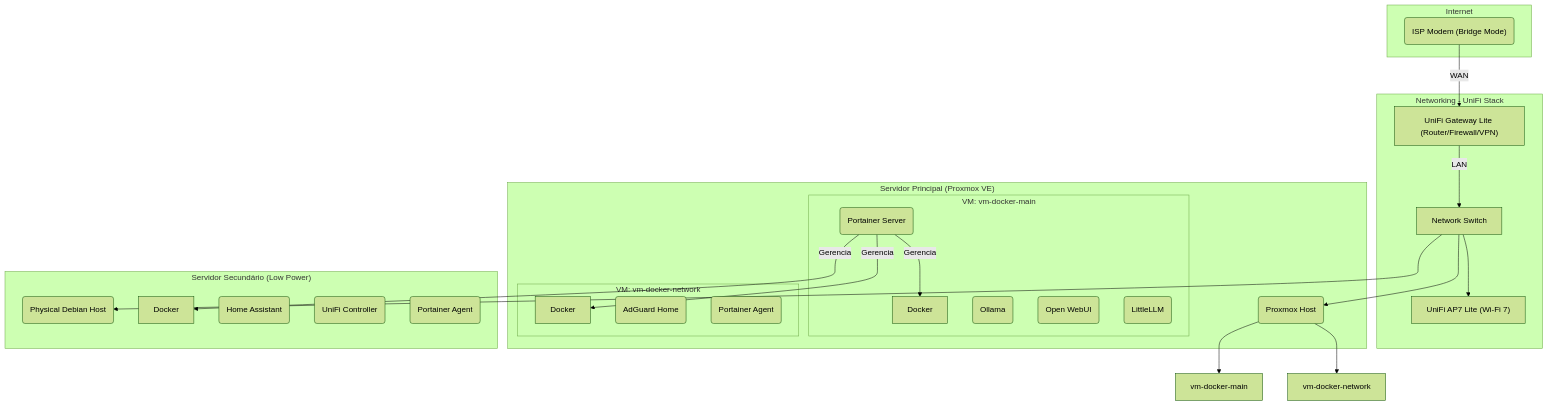
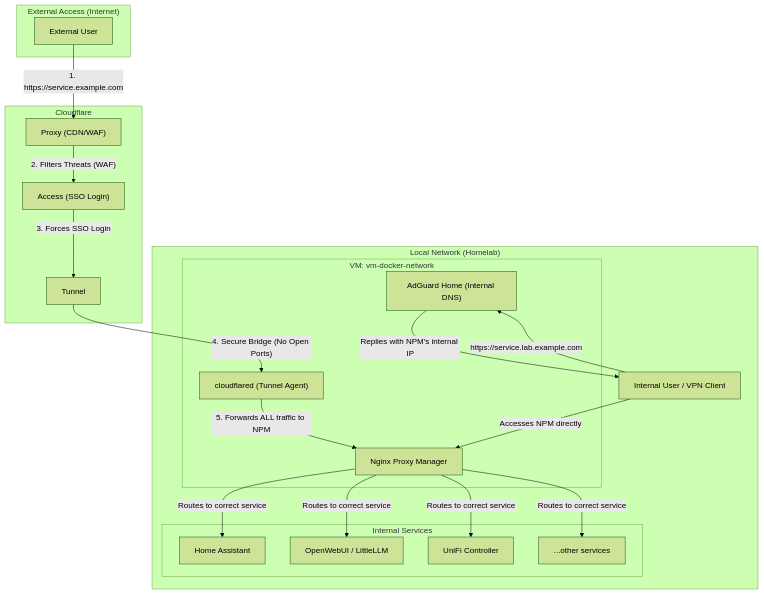
Before and after one commit to luhashi/home-lab: the diagram in readme.md, drawn with Mermaid (forest theme). The commit also changed other lines of this file and 1 other file, not shown here.

Commit message:
npm and cloudflare

````diff
--- a/readme.md
+++ b/readme.md
@@ -24,49 +26,44 @@
 ```mermaid
 graph TD
-subgraph "Internet"
-ISP_Modem("ISP Modem (Bridge Mode)")
-end
+    subgraph "External Access (Internet)"
+        User_External["External User"]
+    end
 
-subgraph "Networking - UniFi Stack"
-UGW["UniFi Gateway Lite (Router/Firewall/VPN)"]
-SW["Network Switch"]
-AP["UniFi AP7 Lite (Wi-Fi 7)"]
-end
+    subgraph "Cloudflare"
+        CF_Proxy["Proxy (CDN/WAF)"]
+        CF_Access["Access (SSO Login)"]
+        CF_Tunnel["Tunnel"]
+    end
 
-subgraph "Servidor Principal (Proxmox VE)"
-PVE("Proxmox Host")
-subgraph "VM: vm-docker-main"
-DockerMain["Docker"]
-PortainerServer("Portainer Server")
-Ollama("Ollama")
-OpenWebUI("Open WebUI")
-LittleLLM("LittleLLM")
-end
-subgraph "VM: vm-docker-network"
-DockerNet["Docker"]
-AdGuard("AdGuard Home")
-AgentNet("Portainer Agent")
-end
-end
+    subgraph "Local Network (Homelab)"
+        subgraph "VM: vm-docker-network"
+            Cloudflared["cloudflared (Tunnel Agent)"]
+            NPM["Nginx Proxy Manager"]
+            AdGuard["AdGuard Home (Internal DNS)"]
+        end
 
-subgraph "Servidor Secundário (Low Power)"
-DebianServer("Physical Debian Host")
-DockerLP["Docker"]
-HA("Home Assistant")
-UniFiCtrl("UniFi Controller")
-AgentLP("Portainer Agent")
-end
+        subgraph "Internal Services"
+            HA["Home Assistant"]
+            OpenWebUI["OpenWebUI / LittleLLM"]
+            UnifiCtrl["UniFi Controller"]
+            OtherServices["...other services"]
+        end
 
-ISP_Modem -- "WAN" --> UGW
-UGW -- "LAN" --> SW
-SW --> PVE
-SW --> DebianServer
-SW --> AP
+        User_Internal["Internal User / VPN Client"]
+    end
 
-PVE --> vm-docker-main
-PVE --> vm-docker-network
+    User_External -- "1. https://service.example.com" --> CF_Proxy
+    CF_Proxy -- "2. Filters Threats (WAF)" --> CF_Access
+    CF_Access -- "3. Forces SSO Login" --> CF_Tunnel
+    CF_Tunnel -- "4. Secure Bridge (No Open Ports)" --> Cloudflared
+    Cloudflared -- "5. Forwards ALL traffic to NPM" --> NPM
 
-PortainerServer -- "Gerencia" --> DockerMain
-PortainerServer -- "Gerencia" --> DockerNet
-PortainerServer -- "Gerencia" --> DockerLP
+    User_Internal -- "https://service.lab.example.com" --> AdGuard
+    AdGuard -- "Replies with NPM's internal IP" --> User_Internal
+    User_Internal -- "Accesses NPM directly" --> NPM
+
+    NPM -- "Routes to correct service" --> HA
+    NPM -- "Routes to correct service" --> OpenWebUI
+    NPM -- "Routes to correct service" --> UnifiCtrl
+    NPM -- "Routes to correct service" --> OtherServices
 ```
````
